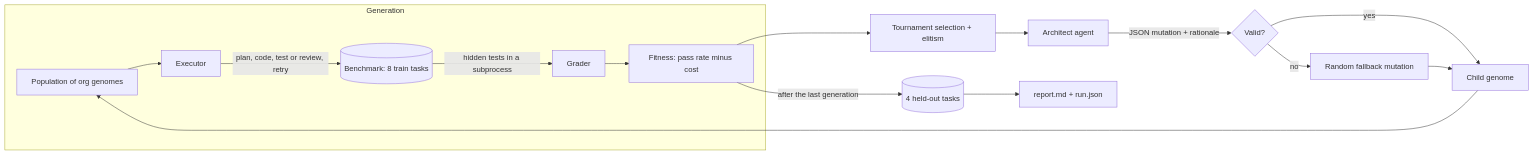
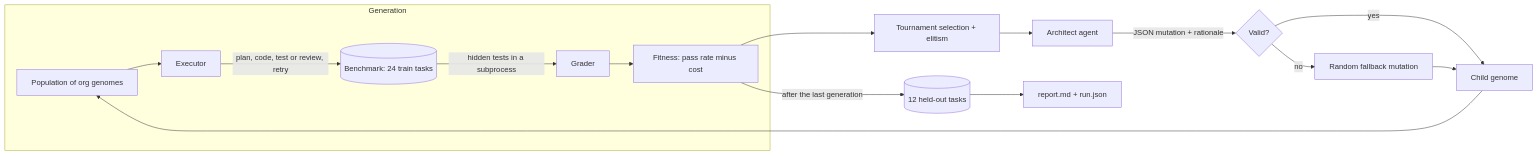
Before and after one commit to AkshayTallikar/evolving-agent-org: the diagram in README.md, drawn with Mermaid. The commit also changed other lines of this file and 9 other files, not shown here.

First line of the commit message:
Grow the benchmark to 36 tasks

````diff
--- a/README.md
+++ b/README.md
@@ -27,18 +27,18 @@
 ```mermaid
 flowchart LR
     subgraph Generation
         P[Population of org genomes] --> E[Executor]
-        E -->|plan, code, test or review, retry| B[(Benchmark: 8 train tasks)]
+        E -->|plan, code, test or review, retry| B[(Benchmark: 24 train tasks)]
         B -->|hidden tests in a subprocess| G[Grader]
         G --> F[Fitness: pass rate minus cost]
     end
     F --> S[Tournament selection + elitism]
     S --> A[Architect agent]
     A -->|JSON mutation + rationale| V{Valid?}
     V -->|yes| C[Child genome]
     V -->|no| R[Random fallback mutation]
     R --> C
     C --> P
-    F -->|after the last generation| H[(4 held-out tasks)]
+    F -->|after the last generation| H[(12 held-out tasks)]
     H --> Rep[report.md + run.json]
 ```
````
